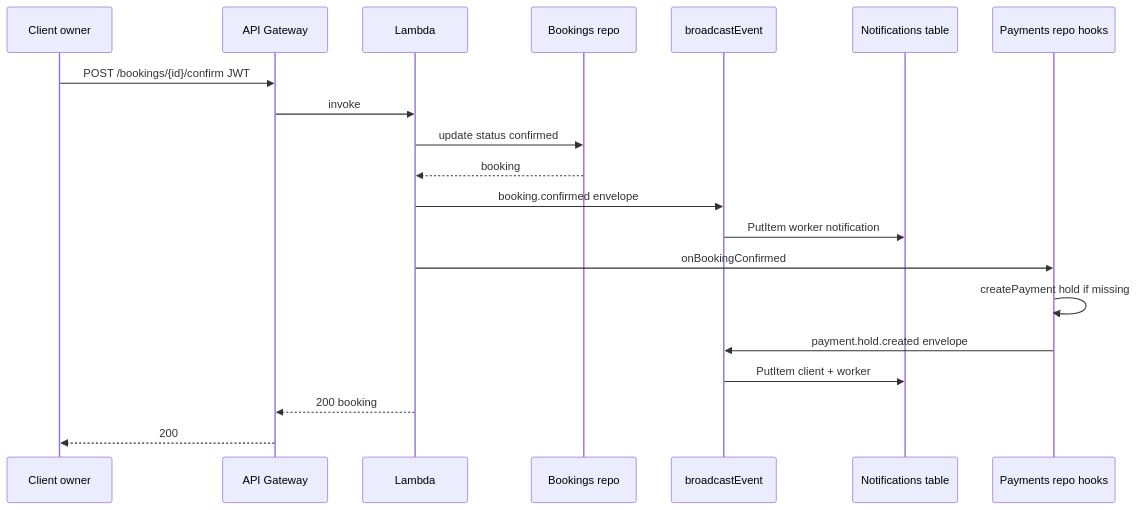
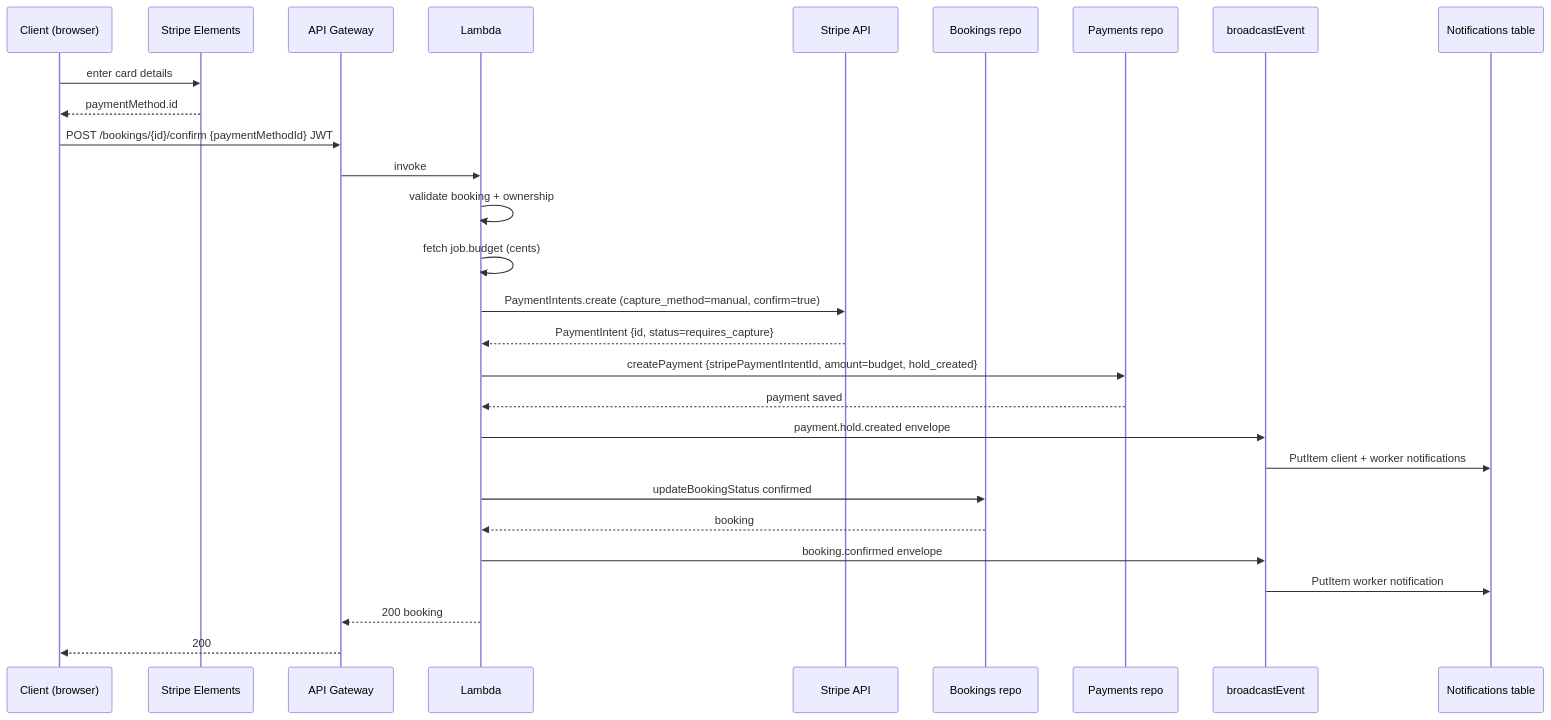
The first of 3 diagrams in docs/sequence-booking-payment.md (oukhali99/gig-demo), drawn with Mermaid before and after one commit. The commit also changed other lines of this file and 35 other files, not shown here.

Commit message:
Added stripe payment system

````diff
--- a/docs/sequence-booking-payment.md
+++ b/docs/sequence-booking-payment.md
@@ -9,23 +11,31 @@
 ```mermaid
 sequenceDiagram
-  participant C as Client owner
+  participant C as Client (browser)
+  participant SE as Stripe Elements
   participant G as API Gateway
   participant L as Lambda
+  participant ST as Stripe API
   participant B as Bookings repo
+  participant P as Payments repo
   participant E as broadcastEvent
   participant N as Notifications table
-  participant P as Payments repo hooks
 
-  C->>G: POST /bookings/{id}/confirm JWT
+  C->>SE: enter card details
+  SE-->>C: paymentMethod.id
+  C->>G: POST /bookings/{id}/confirm {paymentMethodId} JWT
   G->>L: invoke
-  L->>B: update status confirmed
+  L->>L: validate booking + ownership
+  L->>L: fetch job.budget (cents)
+  L->>ST: PaymentIntents.create (capture_method=manual, confirm=true)
+  ST-->>L: PaymentIntent {id, status=requires_capture}
+  L->>P: createPayment {stripePaymentIntentId, amount=budget, hold_created}
+  P-->>L: payment saved
+  L->>E: payment.hold.created envelope
+  E->>N: PutItem client + worker notifications
+  L->>B: updateBookingStatus confirmed
   B-->>L: booking
   L->>E: booking.confirmed envelope
   E->>N: PutItem worker notification
-  L->>P: onBookingConfirmed
-  P->>P: createPayment hold if missing
-  P->>E: payment.hold.created envelope
-  E->>N: PutItem client + worker
   L-->>G: 200 booking
   G-->>C: 200
 ```
````
